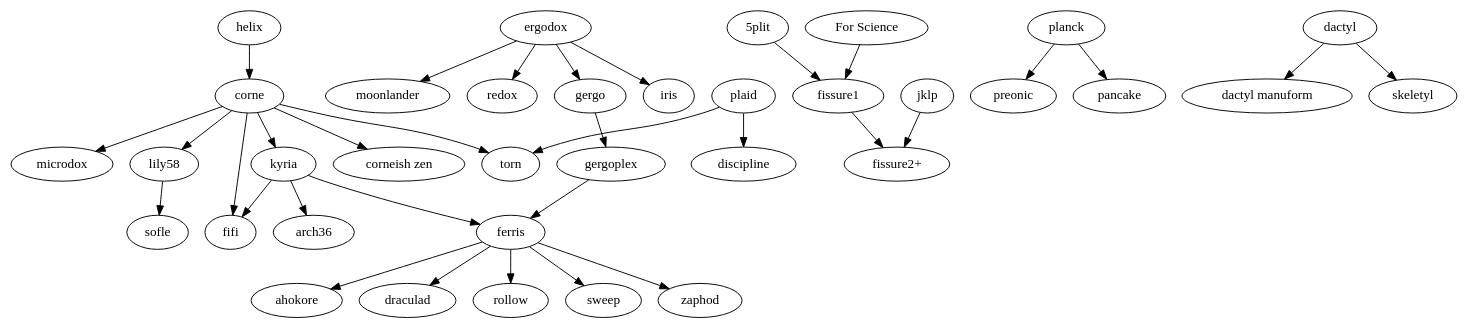
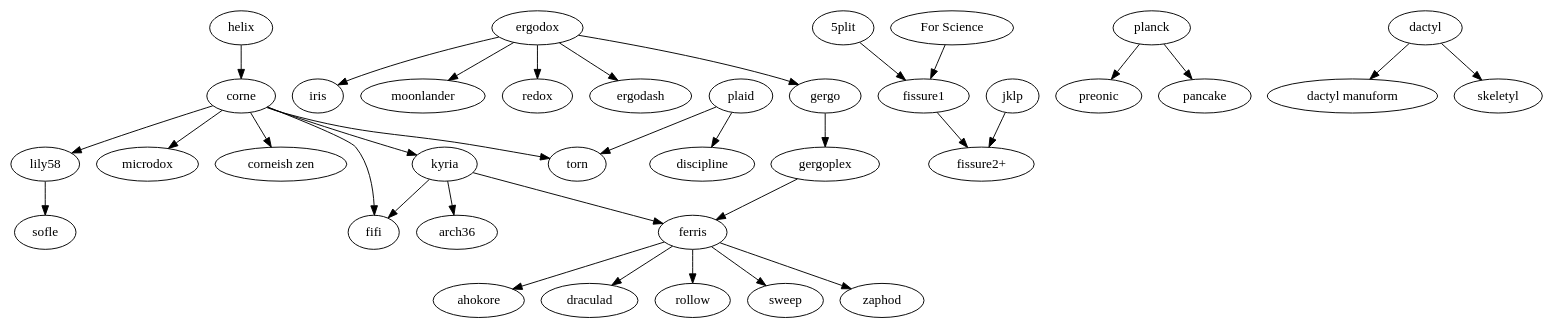
One commit to petejohanson/mk-family-tree changed the diagram in tree.gv. Above: the diagram before and after it, drawn with Graphviz.

Commit message:
Add Ergodash

```diff
--- a/tree.gv
+++ b/tree.gv
@@ -1,63 +1,64 @@
 digraph T {
   subgraph splits {
     helix -> corne;
 
     corne -> {
       "corneish zen",
       fifi,
       kyria,
       lily58,
       microdox,
       torn
     };
 
     lily58 -> sofle;
 
     kyria -> {
         arch36,
         ferris,
         fifi
     };
 
     ergodox -> {
+      ergodash,
       gergo,
       iris,
       moonlander,
       redox
     };
 
     gergo -> gergoplex;
     gergoplex -> ferris;
 
     ferris -> {
       ahokore,
       draculad,
       rollow,
       sweep,
       zaphod
     };
 
     "5plit" -> "fissure1";
     "For Science" -> "fissure1";
     fissure1 -> "fissure2+";
     jklp -> "fissure2+";
   }
 
   subgraph ortholinear {
     plaid -> {
       discipline,
       torn
     };
     planck -> {
       preonic,
       pancake
     };
   }
 
   subgraph {
     dactyl -> {
       "dactyl manuform",
       skeletyl
     }
   }
 }
```
